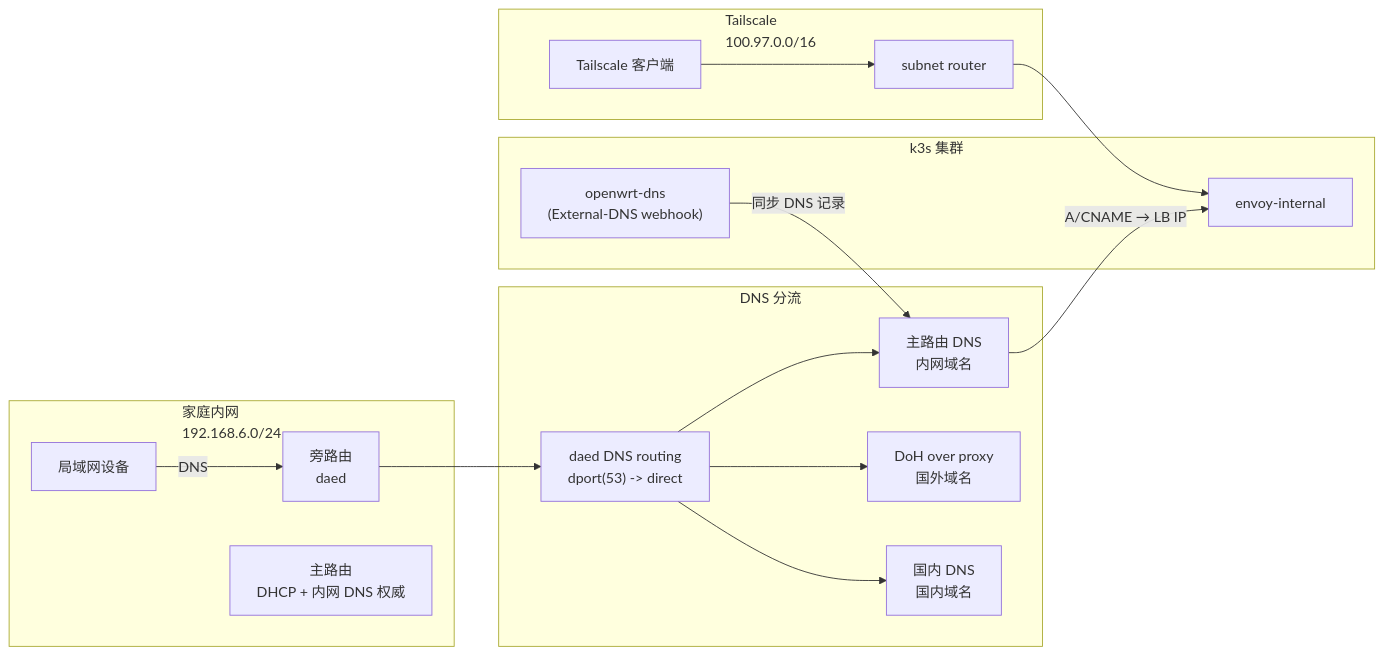
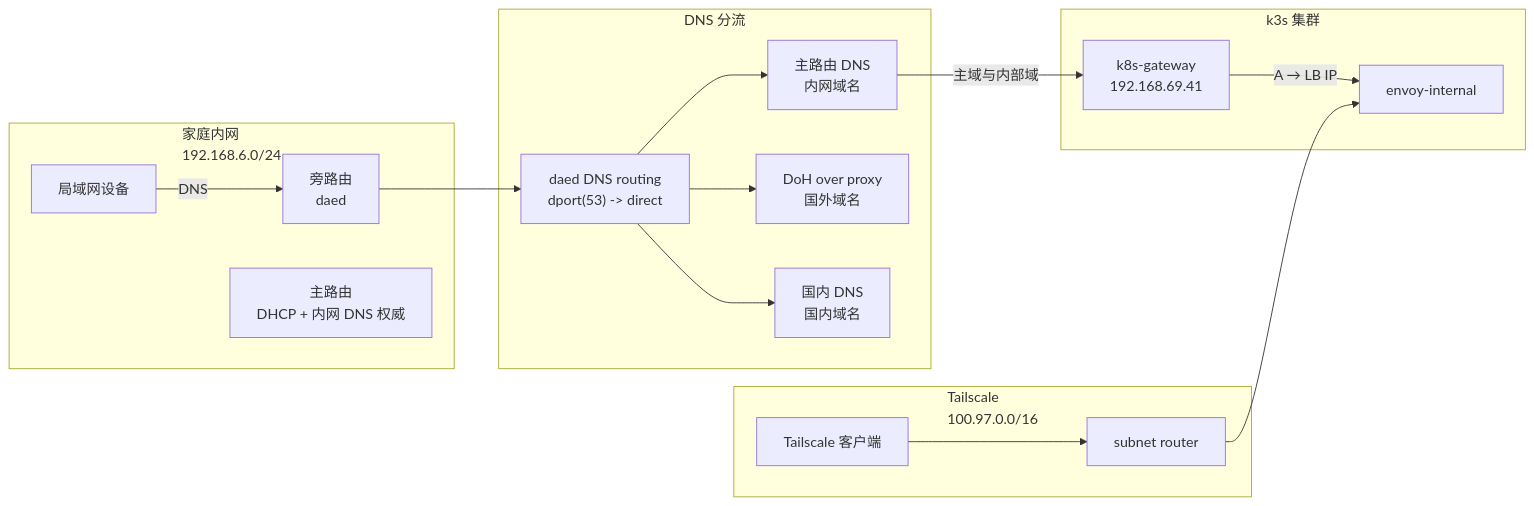
The fifth of 9 diagrams in docs/ARCHITECTURE.md (shelken/home-ops), drawn with Mermaid before and after one commit. The commit also changed other lines of this file and 19 other files, not shown here.

First line of the commit message:
fix(dns): 内网 DNS 改由 k8s-gateway 单一后端应答

````diff
--- a/docs/ARCHITECTURE.md
+++ b/docs/ARCHITECTURE.md
@@ -224,35 +224,35 @@
 ```mermaid
 graph LR
     subgraph LAN["家庭内网<br/>192.168.6.0/24"]
         Client["局域网设备"]
         BYPASS["旁路由<br/>daed"]
         Router["主路由<br/>DHCP + 内网 DNS 权威"]
     end
 
     subgraph DNSPATH["DNS 分流"]
         DaeDNS["daed DNS routing<br/>dport(53) -> direct"]
         RouterDNS["主路由 DNS<br/>内网域名"]
         ForeignDNS["DoH over proxy<br/>国外域名"]
         CNDNS["国内 DNS<br/>国内域名"]
     end
 
     subgraph TS["Tailscale<br/>100.97.0.0/16"]
         TS_Client["Tailscale 客户端"]
         TS_Subnet["subnet router"]
     end
 
     subgraph K8S["k3s 集群"]
-        OpenwrtDNS["openwrt-dns<br/>(External-DNS webhook)"]
+        K8sGW["k8s-gateway<br/>192.168.69.41"]
         Envoy_Internal["envoy-internal"]
     end
 
     Client -->|"DNS"| BYPASS
     BYPASS --> DaeDNS
     DaeDNS --> RouterDNS
     DaeDNS --> ForeignDNS
     DaeDNS --> CNDNS
-    OpenwrtDNS -->|"同步 DNS 记录"| RouterDNS
-    RouterDNS -->|"A/CNAME → LB IP"| Envoy_Internal
+    RouterDNS -->|"主域与内部域"| K8sGW
+    K8sGW -->|"A → LB IP"| Envoy_Internal
     TS_Client --> TS_Subnet
     TS_Subnet --> Envoy_Internal
 ```
````
